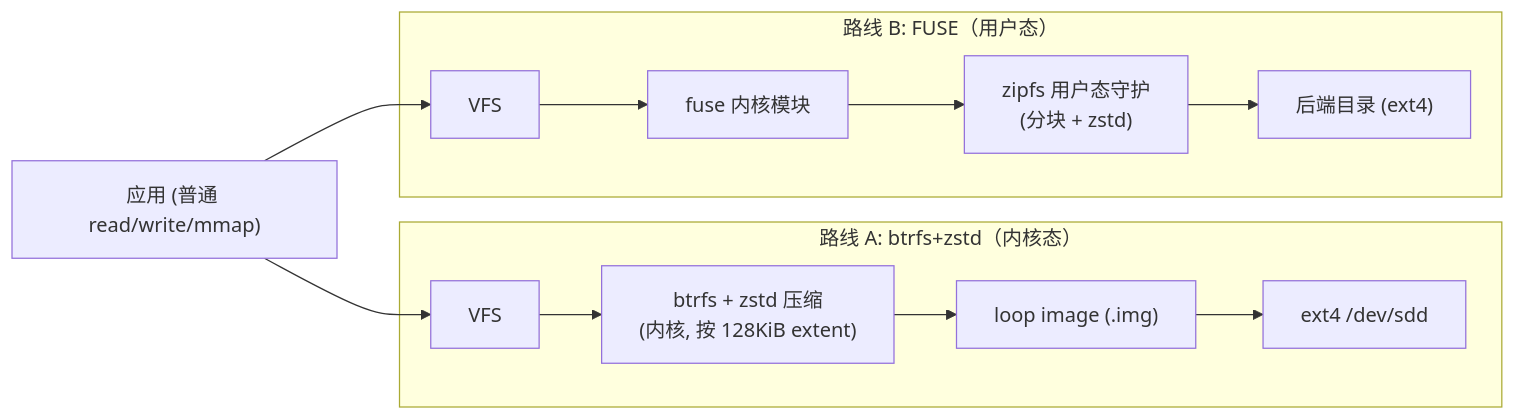
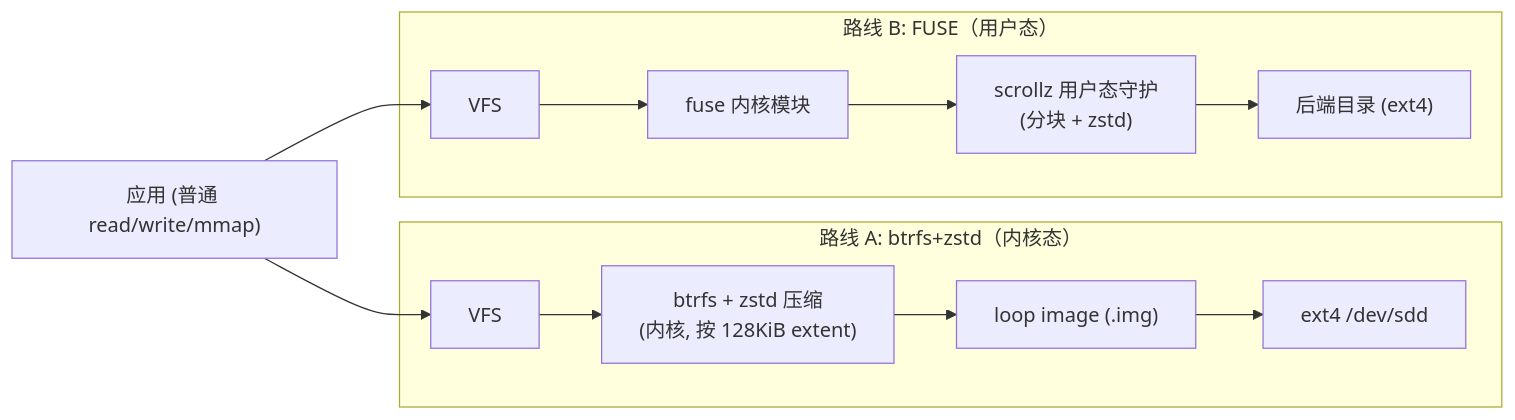
The diagram in docs/00-overview.md (puxu-msft/fuse-scrollfs), drawn with Mermaid before and after one commit. The commit also changed other lines of this file and 55 other files, not shown here.

````diff
--- a/docs/00-overview.md
+++ b/docs/00-overview.md
@@ -24,12 +24,12 @@
 ```mermaid
 flowchart LR
   App["应用 (普通 read/write/mmap)"]
   subgraph A["路线 A: btrfs+zstd（内核态）"]
     VFS_A["VFS"] --> BTRFS["btrfs + zstd 压缩\n(内核, 按 128KiB extent)"] --> Loop["loop image (.img)"] --> Ext4A["ext4 /dev/sdd"]
   end
   subgraph B["路线 B: FUSE（用户态）"]
-    VFS_B["VFS"] --> FUSEK["fuse 内核模块"] --> Daemon["zipfs 用户态守护\n(分块 + zstd)"] --> Ext4B["后端目录 (ext4)"]
+    VFS_B["VFS"] --> FUSEK["fuse 内核模块"] --> Daemon["scrollz 用户态守护\n(分块 + zstd)"] --> Ext4B["后端目录 (ext4)"]
   end
   App --> VFS_A
   App --> VFS_B
 ```
````
